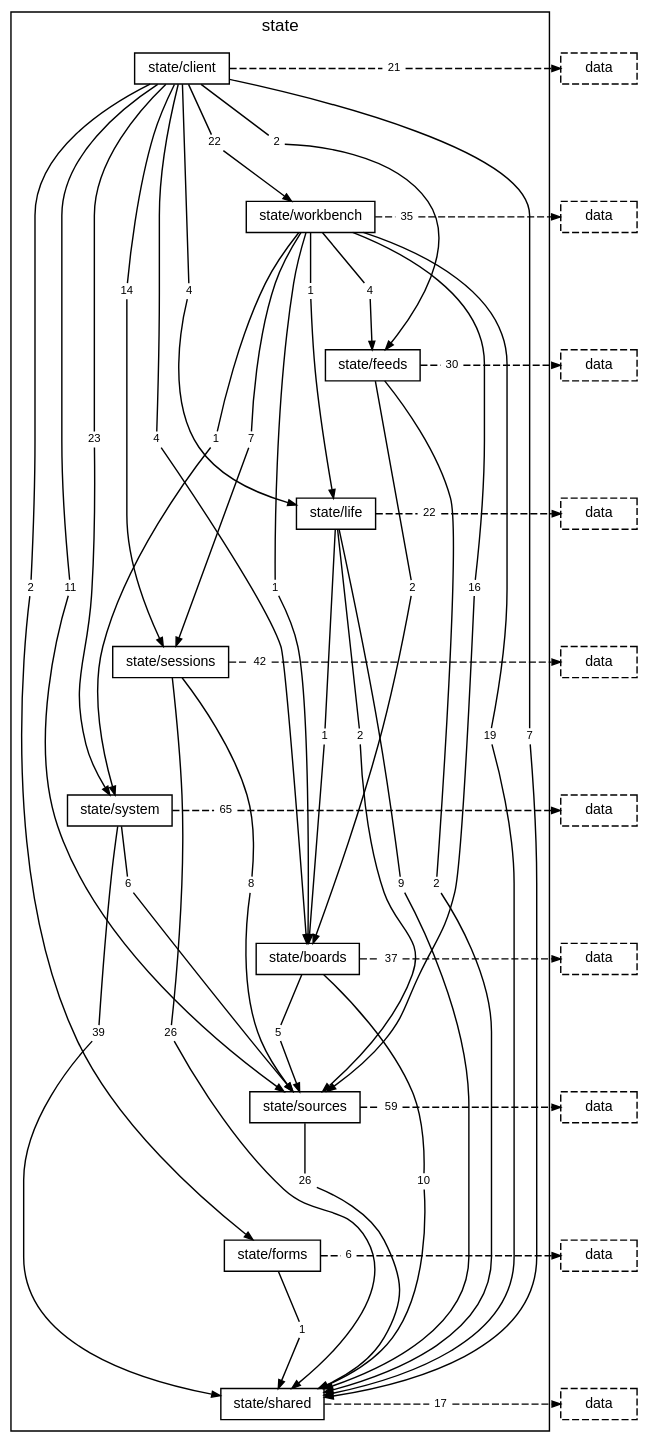
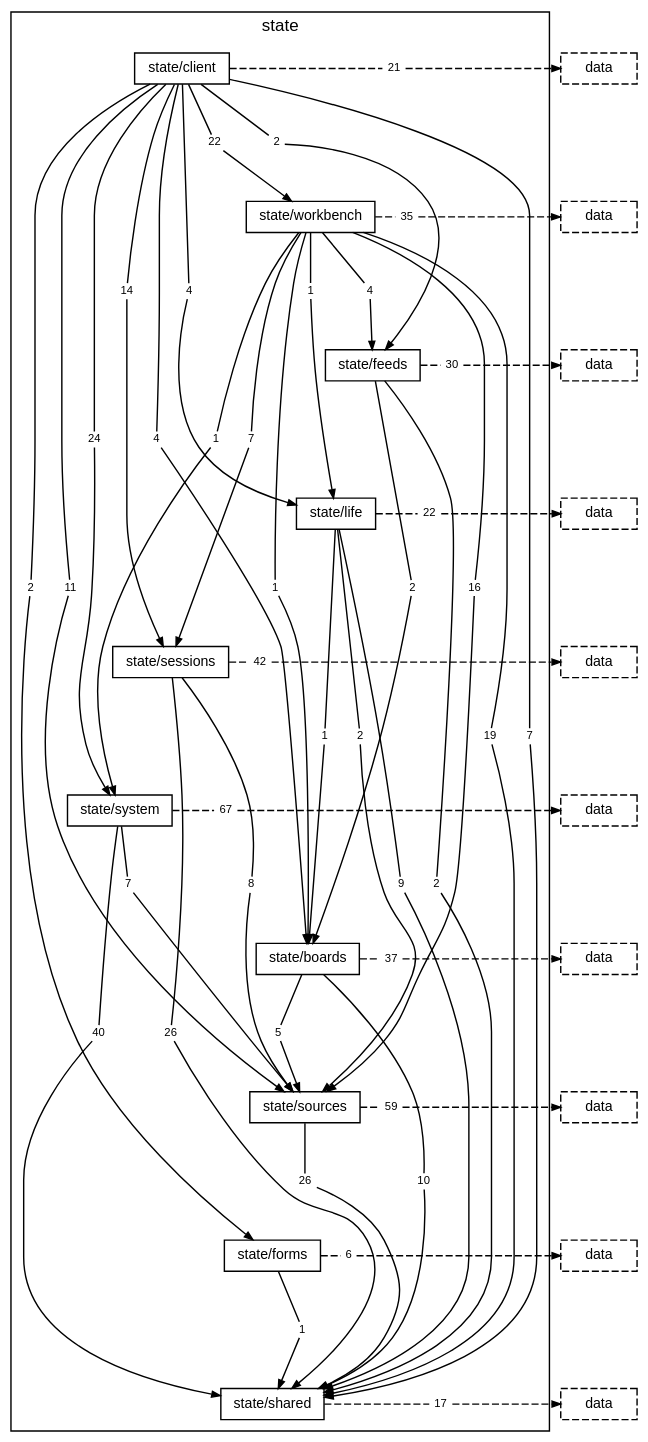
Before and after one commit to TheAxeC/oculus: the diagram in docs/diagrams/layer-state.dot, drawn with Graphviz. The commit also changed 143 other files, not shown here.

```diff
--- a/docs/diagrams/layer-state.dot
+++ b/docs/diagrams/layer-state.dot
@@ -21,7 +21,7 @@
         "folder state/client to folder state/sessions" [label="14", shape=box, color="transparent", fontsize=8, width=0, height=0, margin="0.04,0.02"];
         "folder state/client to folder state/shared" [label="7", shape=box, color="transparent", fontsize=8, width=0, height=0, margin="0.04,0.02"];
         "folder state/client to folder state/sources" [label="11", shape=box, color="transparent", fontsize=8, width=0, height=0, margin="0.04,0.02"];
-        "folder state/client to folder state/system" [label="23", shape=box, color="transparent", fontsize=8, width=0, height=0, margin="0.04,0.02"];
+        "folder state/client to folder state/system" [label="24", shape=box, color="transparent", fontsize=8, width=0, height=0, margin="0.04,0.02"];
         "folder state/client to folder state/workbench" [label="22", shape=box, color="transparent", fontsize=8, width=0, height=0, margin="0.04,0.02"];
         "folder state/client to layer data" [label="21", shape=box, color="transparent", fontsize=8, width=0, height=0, margin="0.04,0.02"];
         "folder state/workbench to folder state/boards" [label="1", shape=box, color="transparent", fontsize=8, width=0, height=0, margin="0.04,0.02"];
@@ -42,9 +42,9 @@
         "folder state/sessions to folder state/shared" [label="26", shape=box, color="transparent", fontsize=8, width=0, height=0, margin="0.04,0.02"];
         "folder state/sessions to folder state/sources" [label="8", shape=box, color="transparent", fontsize=8, width=0, height=0, margin="0.04,0.02"];
         "folder state/sessions to layer data" [label="42", shape=box, color="transparent", fontsize=8, width=0, height=0, margin="0.04,0.02"];
-        "folder state/system to folder state/shared" [label="39", shape=box, color="transparent", fontsize=8, width=0, height=0, margin="0.04,0.02"];
-        "folder state/system to folder state/sources" [label="6", shape=box, color="transparent", fontsize=8, width=0, height=0, margin="0.04,0.02"];
-        "folder state/system to layer data" [label="65", shape=box, color="transparent", fontsize=8, width=0, height=0, margin="0.04,0.02"];
+        "folder state/system to folder state/shared" [label="40", shape=box, color="transparent", fontsize=8, width=0, height=0, margin="0.04,0.02"];
+        "folder state/system to folder state/sources" [label="7", shape=box, color="transparent", fontsize=8, width=0, height=0, margin="0.04,0.02"];
+        "folder state/system to layer data" [label="67", shape=box, color="transparent", fontsize=8, width=0, height=0, margin="0.04,0.02"];
         "folder state/boards to folder state/shared" [label="10", shape=box, color="transparent", fontsize=8, width=0, height=0, margin="0.04,0.02"];
         "folder state/boards to folder state/sources" [label="5", shape=box, color="transparent", fontsize=8, width=0, height=0, margin="0.04,0.02"];
         "folder state/boards to layer data" [label="37", shape=box, color="transparent", fontsize=8, width=0, height=0, margin="0.04,0.02"];
```
